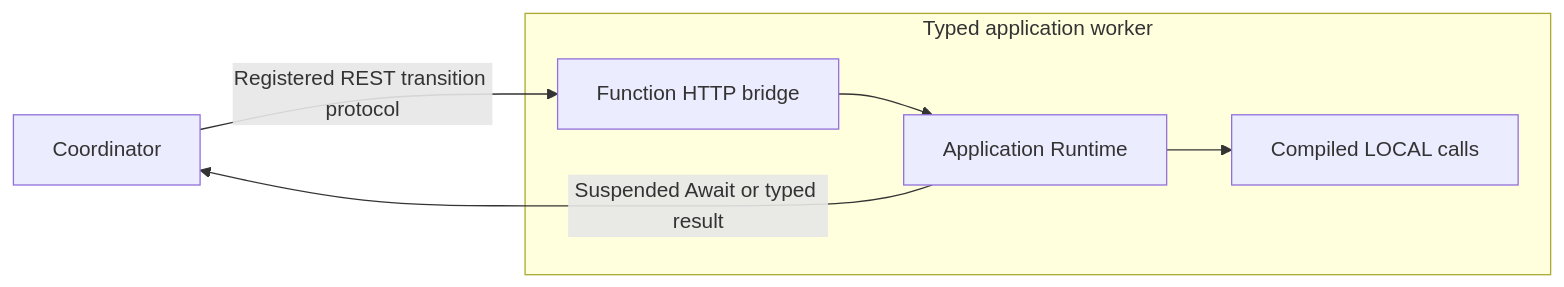
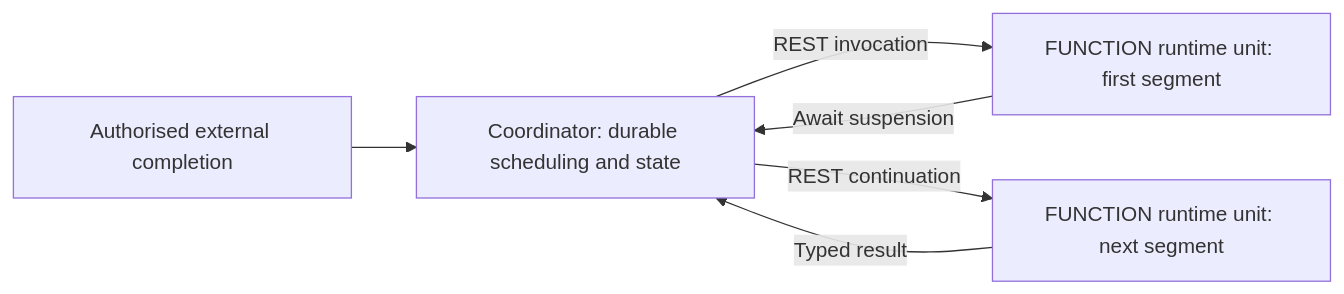
One commit to The-Pipeline-Framework/pipelineframework changed the diagram in docs/develop/configuration/transport-and-platform.md. Above: the diagram before and after it, drawn with Mermaid. The commit also changed other lines of this file and 2 other files, not shown here.

````diff
--- a/docs/develop/configuration/transport-and-platform.md
+++ b/docs/develop/configuration/transport-and-platform.md
@@ -28,9 +32,8 @@
 ```mermaid
 flowchart LR
-    C[Coordinator] -->|Registered REST transition protocol| H[Function HTTP bridge]
-    subgraph W[Typed application worker]
-        H --> R[Application Runtime]
-        R --> L[Compiled LOCAL calls]
-    end
-    R -->|Suspended Await or typed result| C
+    C[Coordinator: durable scheduling and state] -->|REST invocation| A[FUNCTION runtime unit: first segment]
+    A -->|Await suspension| C
+    E[Authorised external completion] --> C
+    C -->|REST continuation| B[FUNCTION runtime unit: next segment]
+    B -->|Typed result| C
 ```
````
